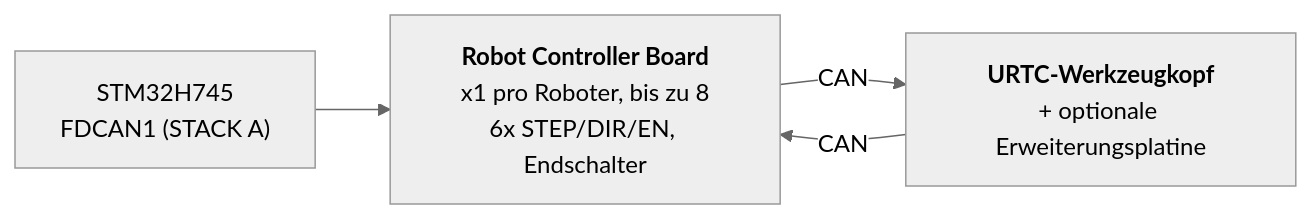
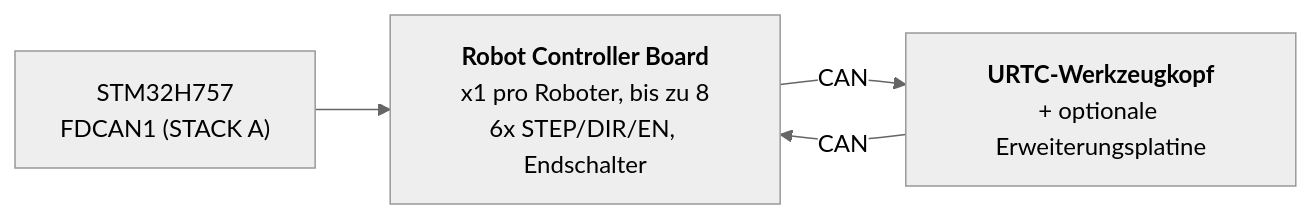
The second of 2 diagrams in docs/HARDWARE_SPECIFICATION_deu.md (JuanenRac/HYDRA-UMC), drawn with Mermaid (neutral theme) before and after one commit. The commit also changed other lines of this file and 41 other files, not shown here.

````diff
--- a/docs/HARDWARE_SPECIFICATION_deu.md
+++ b/docs/HARDWARE_SPECIFICATION_deu.md
@@ -146,6 +146,6 @@
 ```mermaid
 flowchart LR
-    MCU["STM32H745<br/>FDCAN1 (STACK A)"] --> RCB["<b>Robot Controller Board</b><br/>x1 pro Roboter, bis zu 8<br/>6x STEP/DIR/EN, Endschalter"]
+    MCU["STM32H757<br/>FDCAN1 (STACK A)"] --> RCB["<b>Robot Controller Board</b><br/>x1 pro Roboter, bis zu 8<br/>6x STEP/DIR/EN, Endschalter"]
     RCB -- CAN --> URTC["<b>URTC-Werkzeugkopf</b><br/>+ optionale Erweiterungsplatine"]
     URTC -- CAN --> RCB
 ```
````
